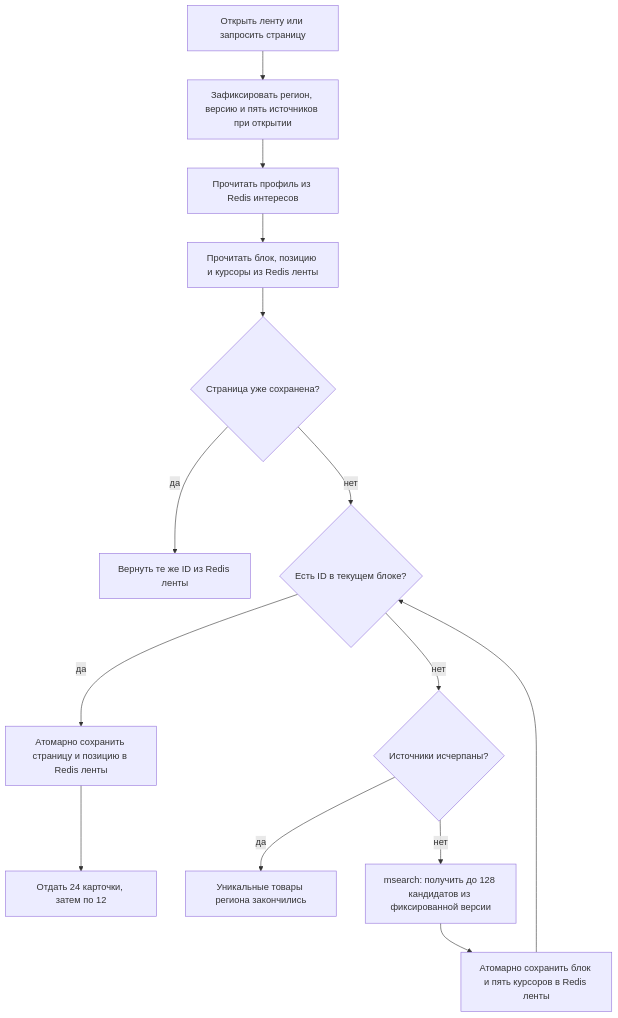
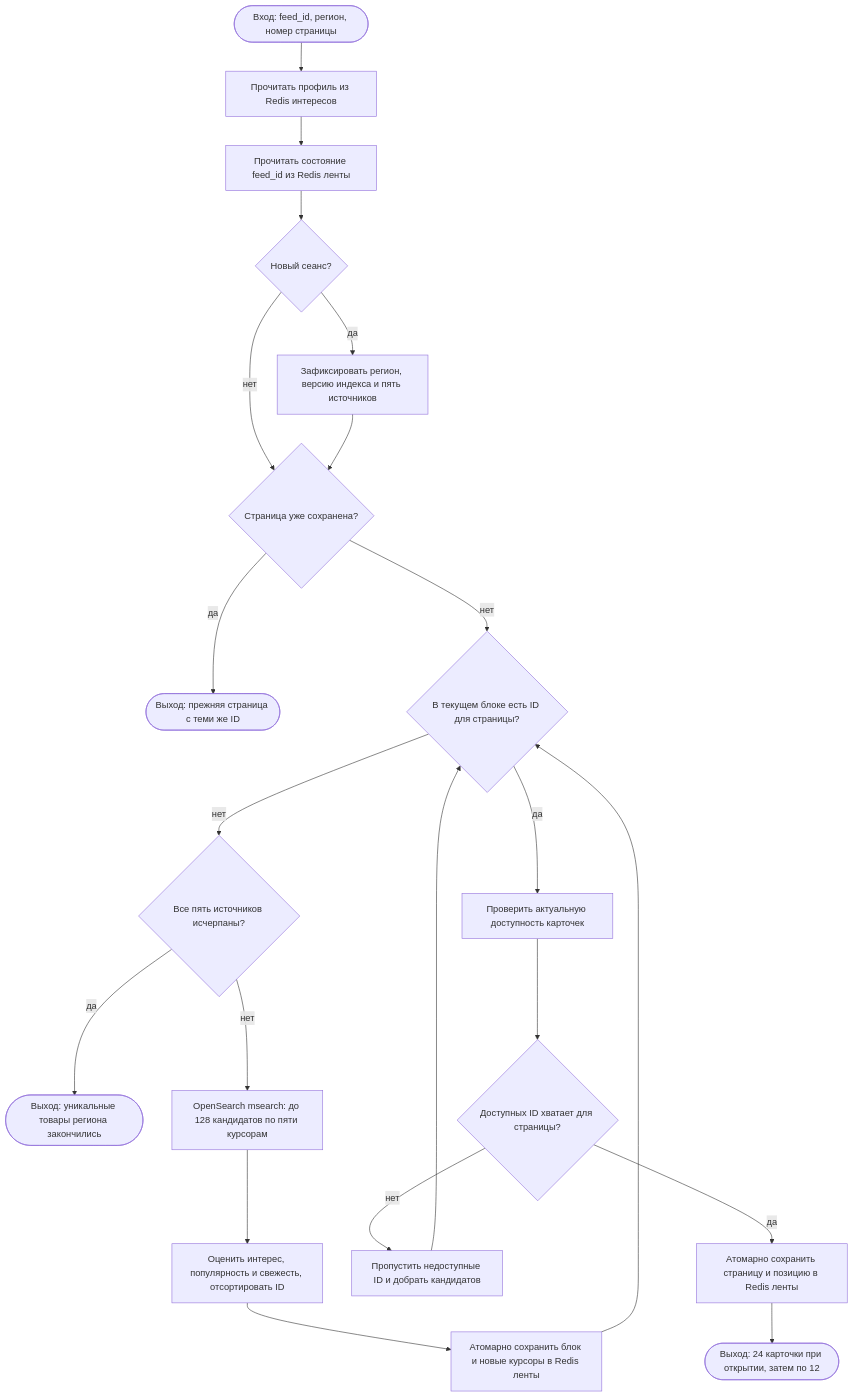
Before and after one commit to amklimenkov752/tp_highload_2026: the seventh of 9 diagrams in README.md, drawn with Mermaid. The commit also changed other lines of this file, not shown here.

````diff
--- a/README.md
+++ b/README.md
@@ -1216,16 +1216,23 @@
 ```mermaid
 flowchart TD
-    A[Открыть ленту или запросить страницу] --> S[Зафиксировать регион, версию и пять источников при открытии]
-    S --> B[Прочитать профиль из Redis интересов]
-    B --> C[Прочитать блок, позицию и курсоры из Redis ленты]
-    C --> R{Страница уже сохранена?}
-    R -- да --> P[Вернуть те же ID из Redis ленты]
-    R -- нет --> V{Есть ID в текущем блоке?}
-    V -- да --> F[Атомарно сохранить страницу и позицию в Redis ленты]
-    F --> O[Отдать 24 карточки, затем по 12]
-    V -- нет --> H{Источники исчерпаны?}
-    H -- да --> I[Уникальные товары региона закончились]
-    H -- нет --> D[msearch: получить до 128 кандидатов из фиксированной версии]
-    D --> E[Атомарно сохранить блок и пять курсоров в Redis ленты]
+    A([Вход: feed_id, регион, номер страницы]) --> B[Прочитать профиль из Redis интересов]
+    B --> C[Прочитать состояние feed_id из Redis ленты]
+    C --> S{Новый сеанс?}
+    S -- да --> T[Зафиксировать регион, версию индекса и пять источников]
+    S -- нет --> R{Страница уже сохранена?}
+    T --> R
+    R -- да --> P([Выход: прежняя страница с теми же ID])
+    R -- нет --> V{В текущем блоке есть ID для страницы?}
+    V -- нет --> H{Все пять источников исчерпаны?}
+    H -- да --> I([Выход: уникальные товары региона закончились])
+    H -- нет --> D[OpenSearch msearch: до 128 кандидатов по пяти курсорам]
+    D --> Q[Оценить интерес, популярность и свежесть, отсортировать ID]
+    Q --> E[Атомарно сохранить блок и новые курсоры в Redis ленты]
     E --> V
+    V -- да --> X[Проверить актуальную доступность карточек]
+    X --> Y{Доступных ID хватает для страницы?}
+    Y -- нет --> Z[Пропустить недоступные ID и добрать кандидатов]
+    Z --> V
+    Y -- да --> F[Атомарно сохранить страницу и позицию в Redis ленты]
+    F --> O([Выход: 24 карточки при открытии, затем по 12])
 ```
````
